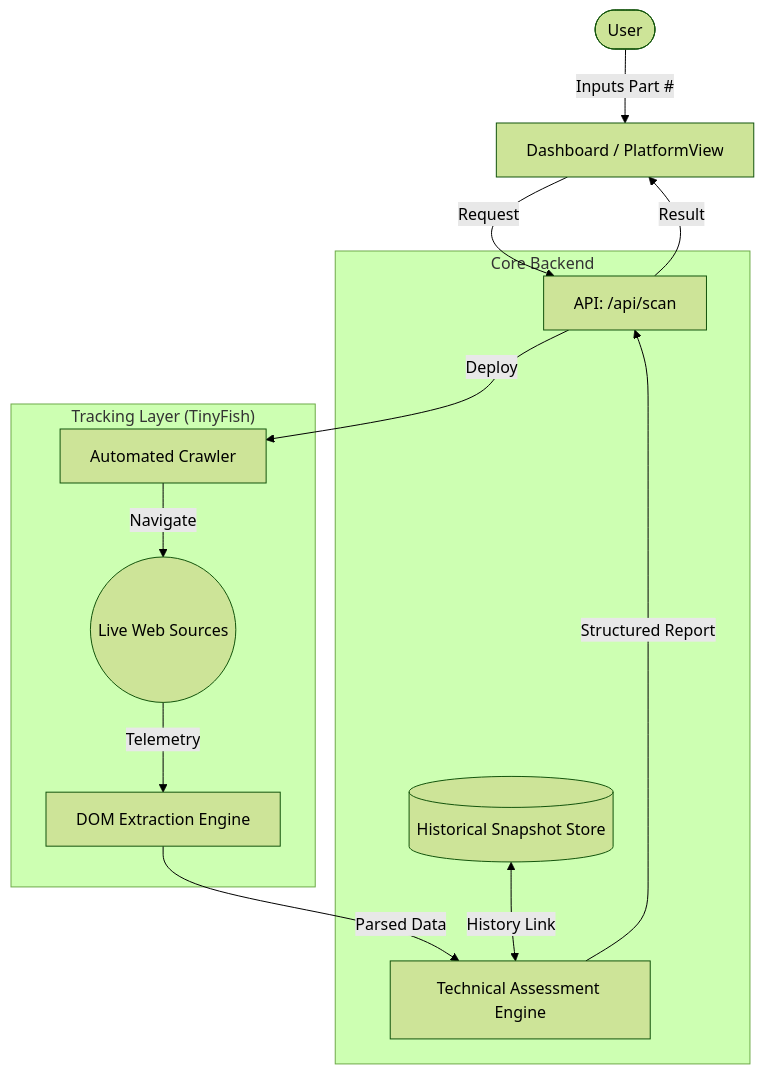
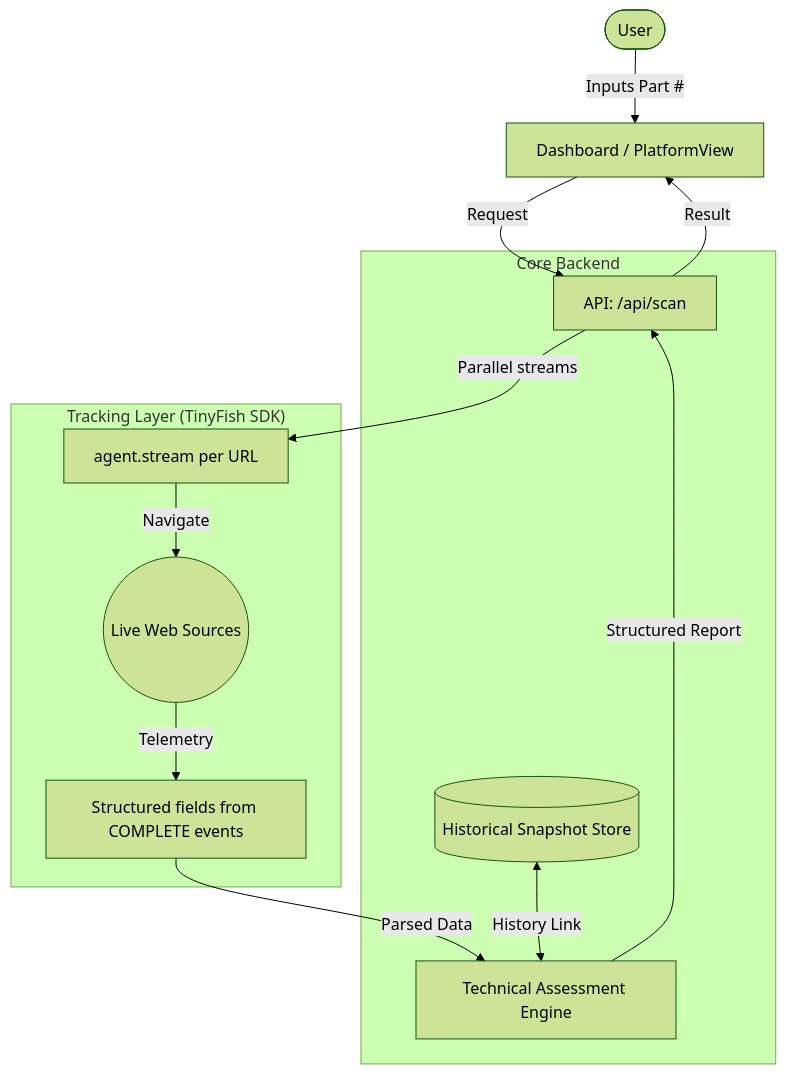
The first of 4 diagrams in silicon-signal/README.md (tinyfish-io/TinyFish-cookbook), drawn with Mermaid (forest theme) before and after one commit. The commit also changed other lines of this file and 5 other files, not shown here.

````diff
--- a/silicon-signal/README.md
+++ b/silicon-signal/README.md
@@ -79,25 +94,25 @@
 ```mermaid
 graph TD
     User([User]) -->|Inputs Part #| DP[Dashboard / PlatformView]
-    
+
     subgraph "Core Backend"
         API[API: /api/scan]
         Store[(Historical Snapshot Store)]
         Engine[Technical Assessment Engine]
     end
 
-    subgraph "Tracking Layer (TinyFish)"
-        Crawler[Automated Crawler]
-        DOM[DOM Extraction Engine]
+    subgraph "Tracking Layer (TinyFish SDK)"
+        Crawler[agent.stream per URL]
+        DOM[Structured fields from COMPLETE events]
         Sources((Live Web Sources))
     end
 
     DP -->|Request| API
-    API -->|Deploy| Crawler
+    API -->|Parallel streams| Crawler
     Crawler -->|Navigate| Sources
     Sources -->|Telemetry| DOM
     DOM -->|Parsed Data| Engine
     Store <-->|History Link| Engine
     Engine -->|Structured Report| API
     API -->|Result| DP
 ```
````
